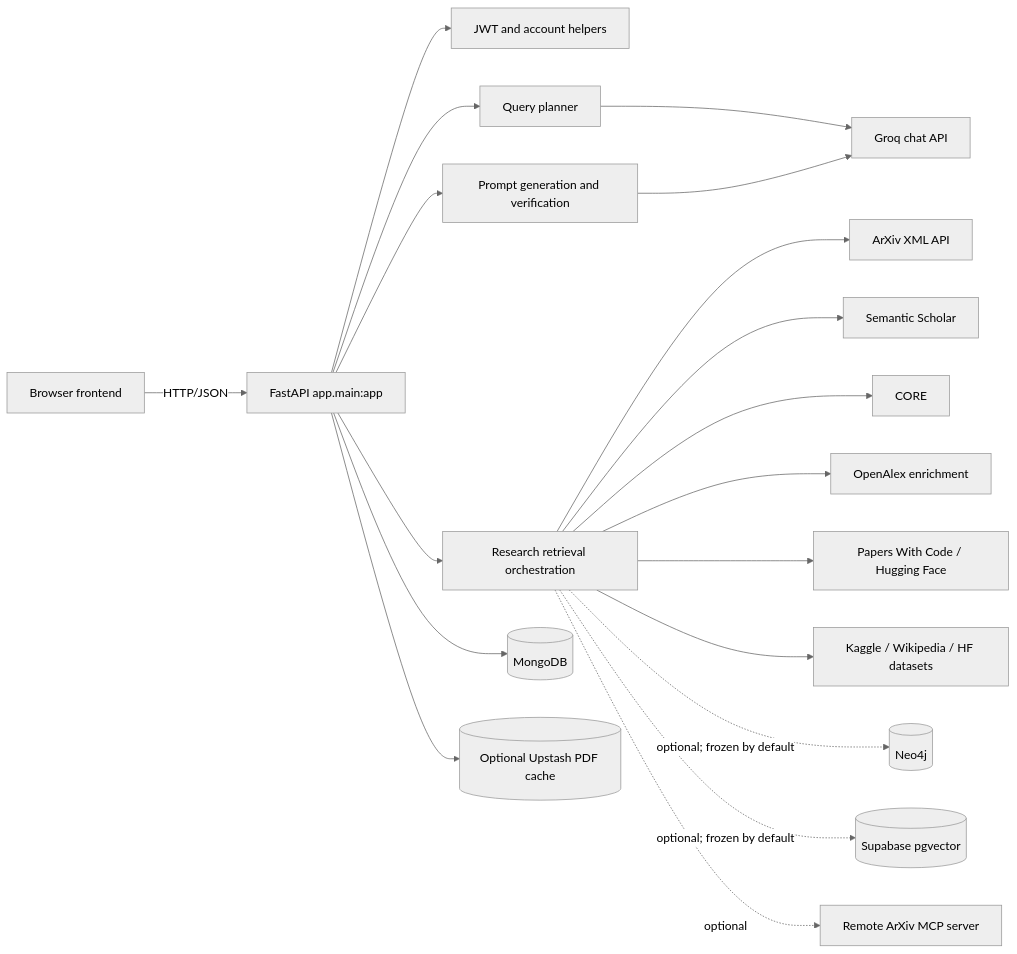
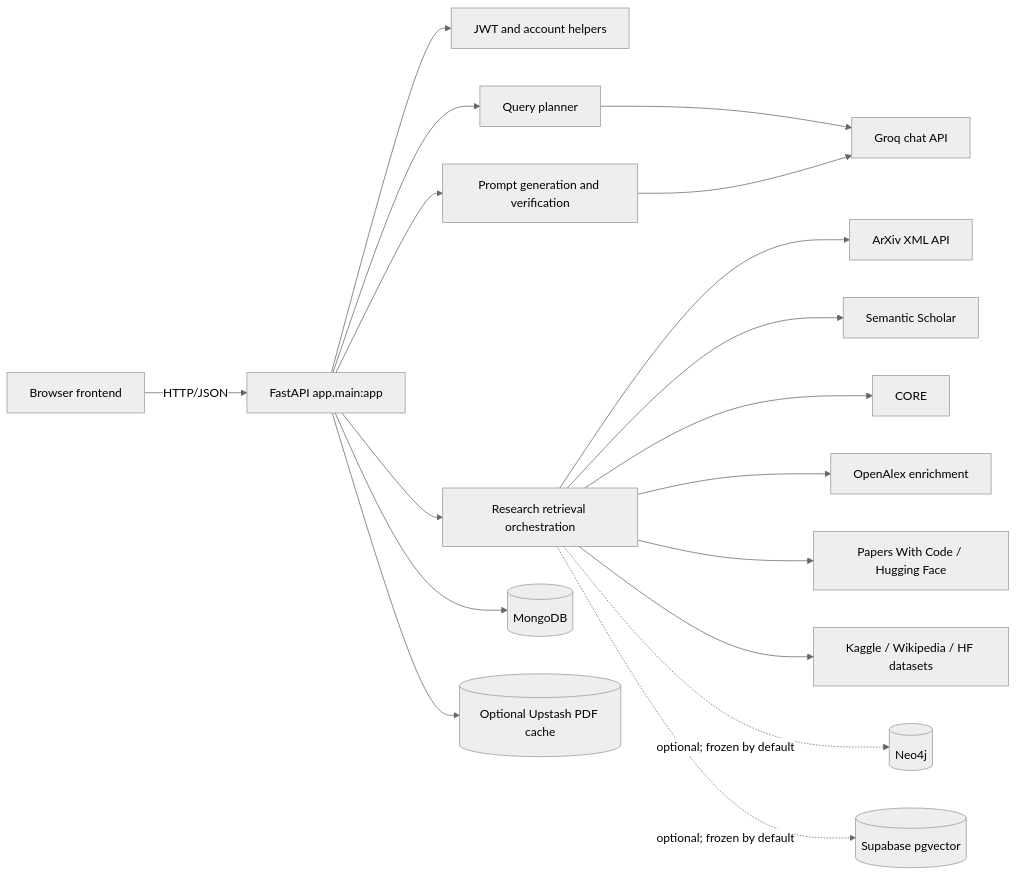
One commit to aarif-123/GraphRag-Research-Assistant changed the diagram in docs/backend/00. BACKEND MASTER OVERVIEW.md. Above: the diagram before and after it, drawn with Mermaid (neutral theme). The commit also changed other lines of this file and 33 other files, not shown here.

First line of the commit message:
Improve dataset relevance and remove ArXiv MCP

````diff
--- a/docs/backend/00. BACKEND MASTER OVERVIEW.md
+++ b/docs/backend/00. BACKEND MASTER OVERVIEW.md
@@ -53,21 +51,20 @@
 ```mermaid
 flowchart LR
     Browser[Browser frontend] -->|HTTP/JSON| API[FastAPI app.main:app]
     API --> Auth[JWT and account helpers]
     API --> Planner[Query planner]
     Planner --> Groq[Groq chat API]
     API --> Retrieval[Research retrieval orchestration]
     Retrieval --> Arxiv[ArXiv XML API]
     Retrieval --> S2[Semantic Scholar]
     Retrieval --> CORE[CORE]
     Retrieval --> OA[OpenAlex enrichment]
     Retrieval --> PWC[Papers With Code / Hugging Face]
     Retrieval --> DataSources[Kaggle / Wikipedia / HF datasets]
     Retrieval -. optional; frozen by default .-> Neo4j[(Neo4j)]
     Retrieval -. optional; frozen by default .-> Supabase[(Supabase pgvector)]
     API --> Generation[Prompt generation and verification]
     Generation --> Groq
     API --> Mongo[(MongoDB)]
     API --> Redis[(Optional Upstash PDF cache)]
-    Retrieval -. optional .-> MCP[Remote ArXiv MCP server]
 ```
````
